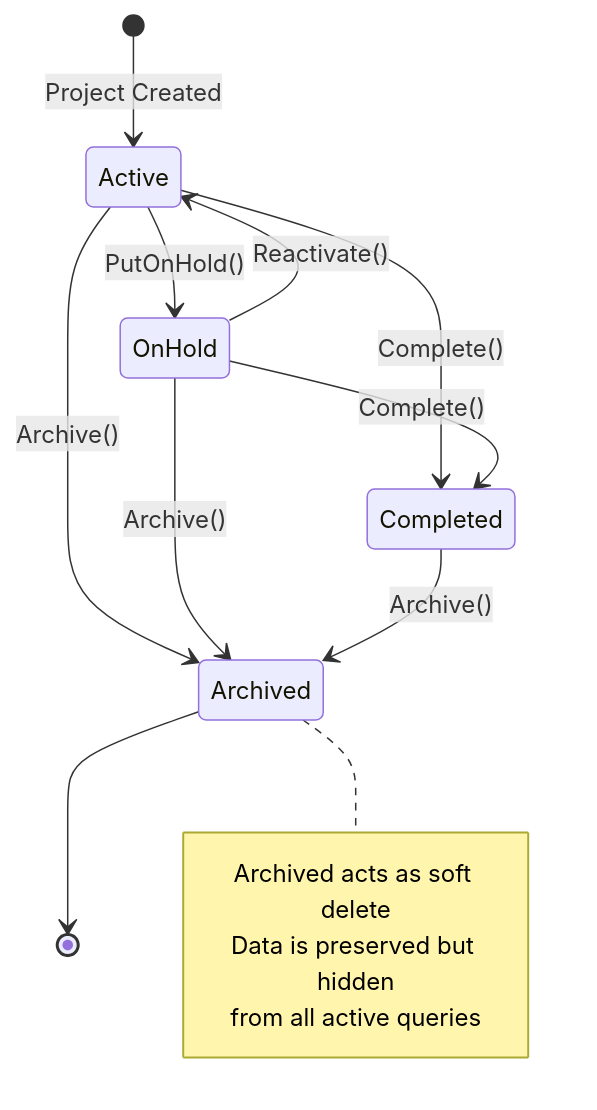
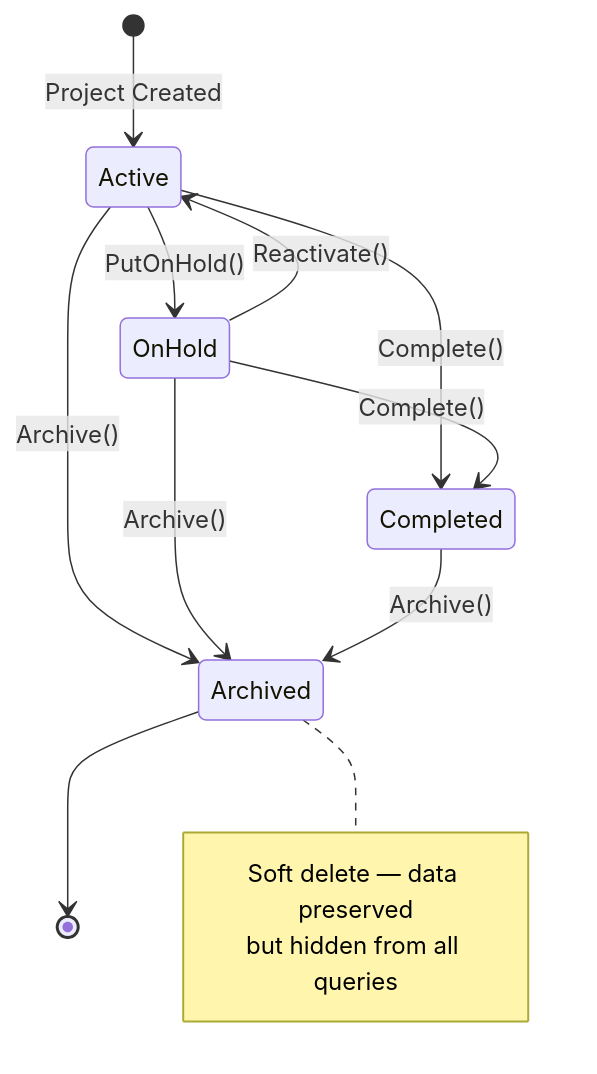
The fourth of 5 diagrams in README.md (AboubacarSow/task-management-microservice), drawn with Mermaid before and after one commit. The commit also changed other lines of this file, not shown here.

````diff
--- a/README.md
+++ b/README.md
@@ -340,18 +200,17 @@
 ```mermaid
 stateDiagram-v2
     [*] --> Active : Project Created
     Active --> Completed : Complete()
     Active --> OnHold : PutOnHold()
     Active --> Archived : Archive()
     OnHold --> Active : Reactivate()
     OnHold --> Completed : Complete()
     OnHold --> Archived : Archive()
     Completed --> Archived : Archive()
     Archived --> [*]
 
     note right of Archived
-        Archived acts as soft delete
-        Data is preserved but hidden
-        from all active queries
+        Soft delete — data preserved
+        but hidden from all queries
     end note
 ```
````
